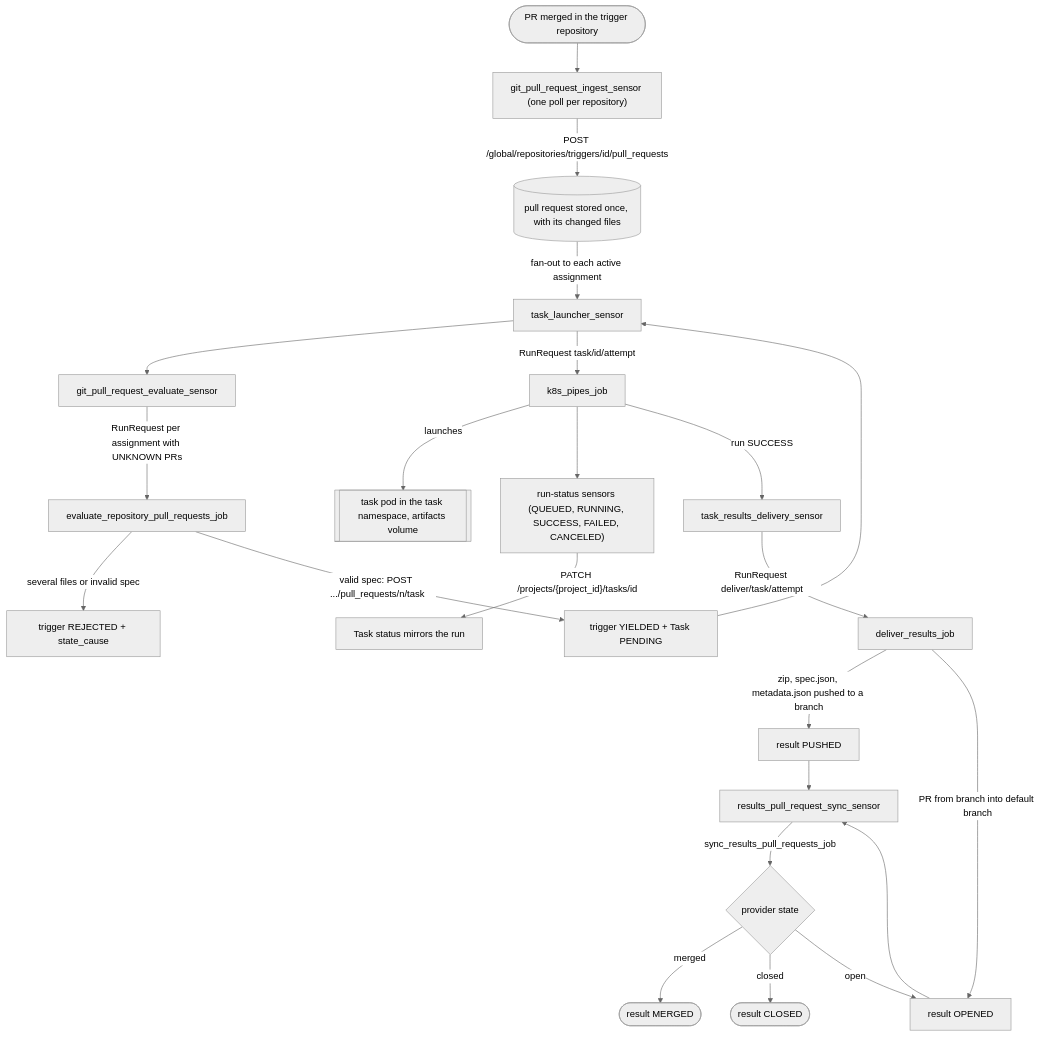
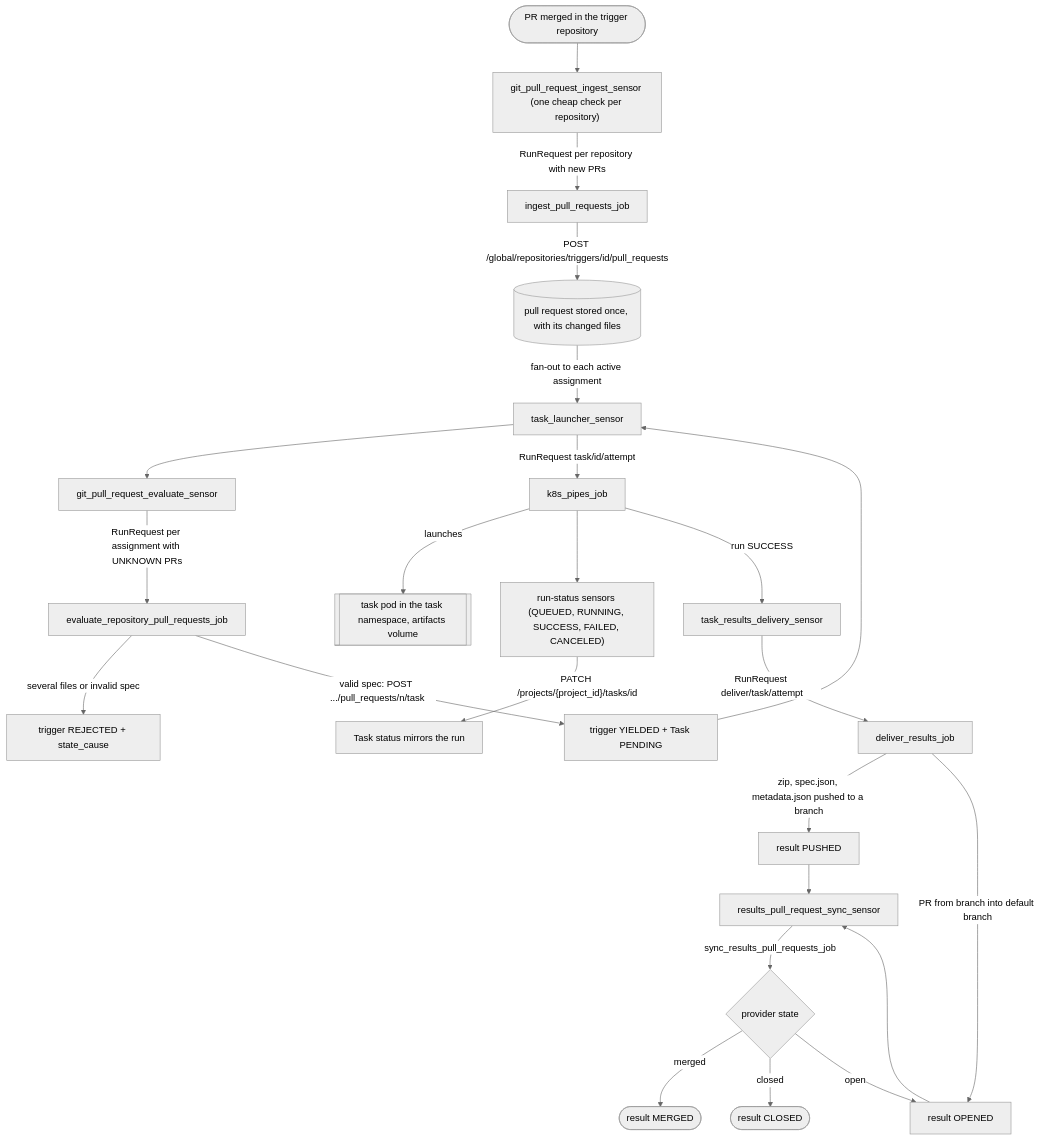
Before and after one commit to Aridhia-Open-Source/PHEMS_federated_node: the first of 3 diagrams in docs/architecture/flows.md, drawn with Mermaid (neutral theme). The commit also changed other lines of this file and 21 other files, not shown here.

First line of the commit message:
PR ingest as an op: a thin sensor launches one run per pollable repository

````diff
--- a/docs/architecture/flows.md
+++ b/docs/architecture/flows.md
@@ -7,25 +7,26 @@
 ```mermaid
 flowchart TD
-    A([PR merged in the trigger repository]) --> B["git_pull_request_ingest_sensor (one poll per repository)"]
-    B -->|"POST /global/repositories/triggers/id/pull_requests"| S[("pull request stored once, with its changed files")]
+    A([PR merged in the trigger repository]) --> B["git_pull_request_ingest_sensor (one cheap check per repository)"]
+    B -->|"RunRequest per repository with new PRs"| B2["ingest_pull_requests_job"]
+    B2 -->|"POST /global/repositories/triggers/id/pull_requests"| S[("pull request stored once, with its changed files")]
     S -->|"fan-out to each active assignment"| F["PullRequestTrigger per assignment: UNKNOWN (non-matching links are skipped)"]
     F --> C[git_pull_request_evaluate_sensor]
     C -->|"RunRequest per assignment with UNKNOWN PRs"| D[evaluate_repository_pull_requests_job]
     D -->|"several files or invalid spec"| I2[trigger REJECTED + state_cause]
     D -->|"valid spec: POST .../pull_requests/n/task"| E[trigger YIELDED + Task PENDING]
     E --> F[task_launcher_sensor]
     F -->|"RunRequest task/id/attempt"| G[k8s_pipes_job]
     G -->|"launches"| P[[task pod in the task namespace, artifacts volume]]
     G --> H["run-status sensors (QUEUED, RUNNING, SUCCESS, FAILED, CANCELED)"]
     H -->|"PATCH /projects/{project_id}/tasks/id"| T[Task status mirrors the run]
     G -->|"run SUCCESS"| J[task_results_delivery_sensor]
     J -->|"RunRequest deliver/task/attempt"| K[deliver_results_job]
     K -->|"zip, spec.json, metadata.json pushed to a branch"| L[result PUSHED]
     K -->|"PR from branch into default branch"| M[result OPENED]
     M --> N[results_pull_request_sync_sensor]
     L --> N
     N -->|"sync_results_pull_requests_job"| O{provider state}
     O -->|merged| Q([result MERGED])
     O -->|closed| R([result CLOSED])
     O -->|open| M
 ```
````
